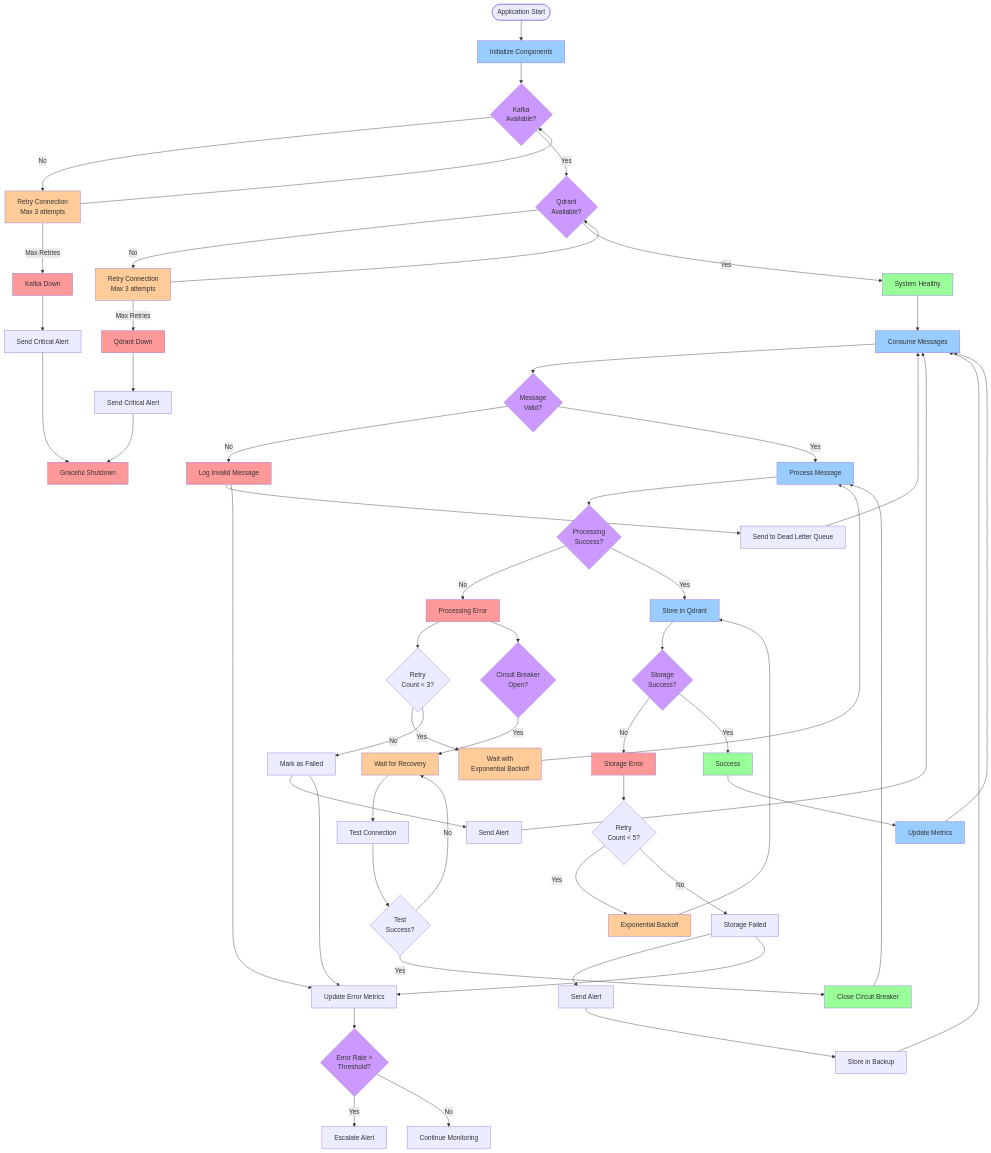
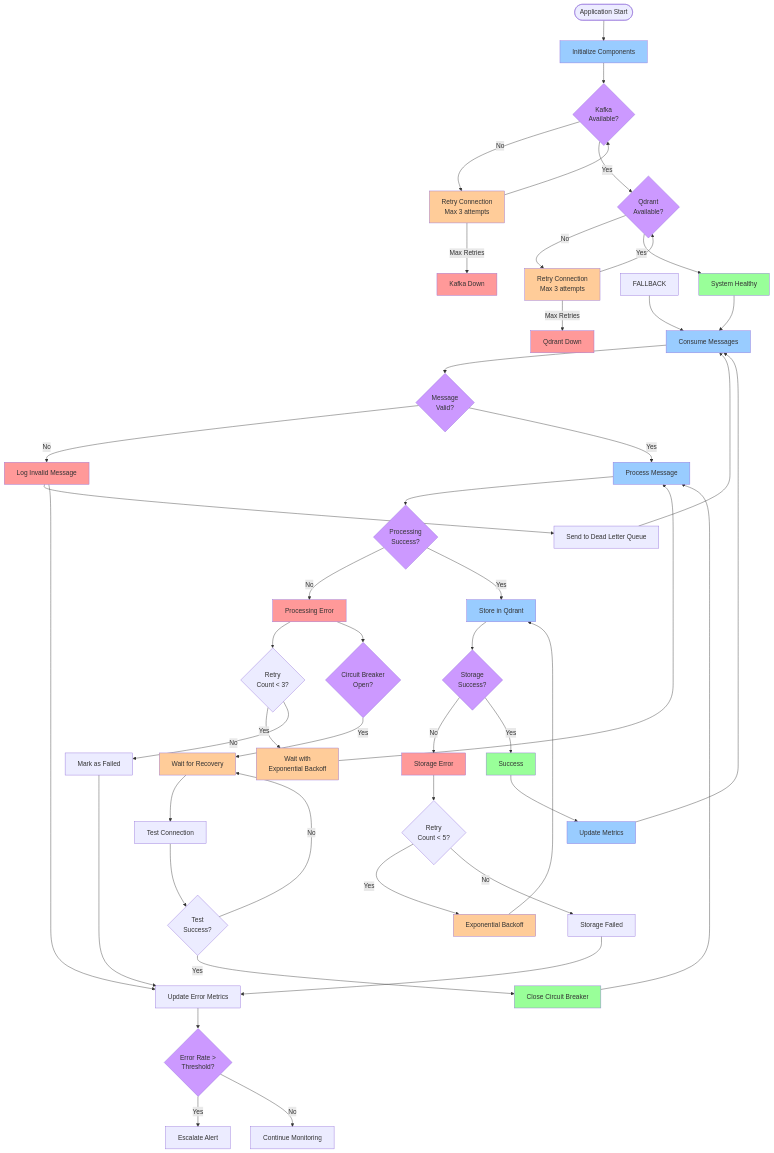
Before and after one commit to ahmetk3436/VectorStream: the diagram in docs/diagrams/error_handling_flow.md, drawn with Mermaid. The commit also changed 80 other files, not shown here.

Commit message:
Implement Kafka and Qdrant metrics recording enhancements, remove outdated tasks.json, add consumer test and DLQ integration tests

```diff
--- a/docs/diagrams/error_handling_flow.md
+++ b/docs/diagrams/error_handling_flow.md
@@ -28,8 +28,6 @@
     CHECK_RETRY -->|Yes| WAIT[Wait with<br/>Exponential Backoff]
     WAIT --> PROCESS
     CHECK_RETRY -->|No| PROC_FAILED[Mark as Failed]
-    PROC_FAILED --> ALERT_PROC[Send Alert]
-    ALERT_PROC --> CONSUME
     
     PROC_SUCCESS -->|Yes| STORE[Store in Qdrant]
     
@@ -40,8 +38,6 @@
     CHECK_STORE_RETRY -->|Yes| BACKOFF[Exponential Backoff]
     BACKOFF --> STORE
     CHECK_STORE_RETRY -->|No| STORE_FAILED[Storage Failed]
-    STORE_FAILED --> ALERT_STORE[Send Alert]
-    ALERT_STORE --> FALLBACK[Store in Backup]
     FALLBACK --> CONSUME
     
     STORE_SUCCESS -->|Yes| SUCCESS[Success]
@@ -60,12 +56,6 @@
     %% Health Check Failures
     RETRY_KAFKA -->|Max Retries| KAFKA_DOWN[Kafka Down]
     RETRY_QDRANT -->|Max Retries| QDRANT_DOWN[Qdrant Down]
-    
-    KAFKA_DOWN --> ALERT_KAFKA[Send Critical Alert]
-    QDRANT_DOWN --> ALERT_QDRANT[Send Critical Alert]
-    
-    ALERT_KAFKA --> GRACEFUL_SHUTDOWN[Graceful Shutdown]
-    ALERT_QDRANT --> GRACEFUL_SHUTDOWN
     
     %% Monitoring and Alerting
     LOG_INVALID --> MONITOR[Update Error Metrics]
```
